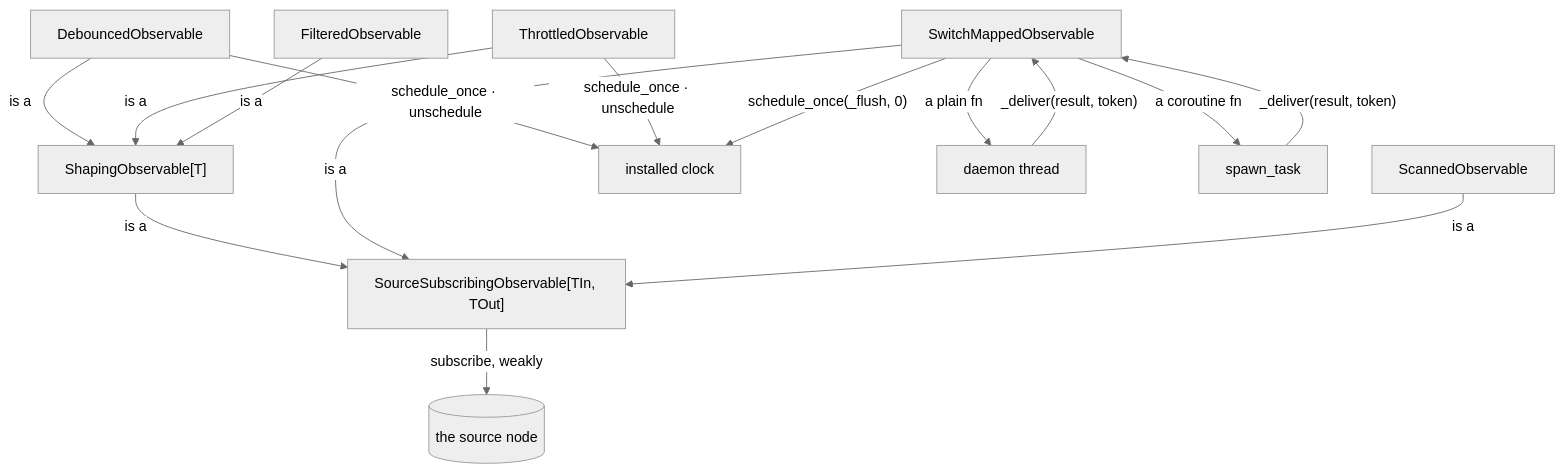
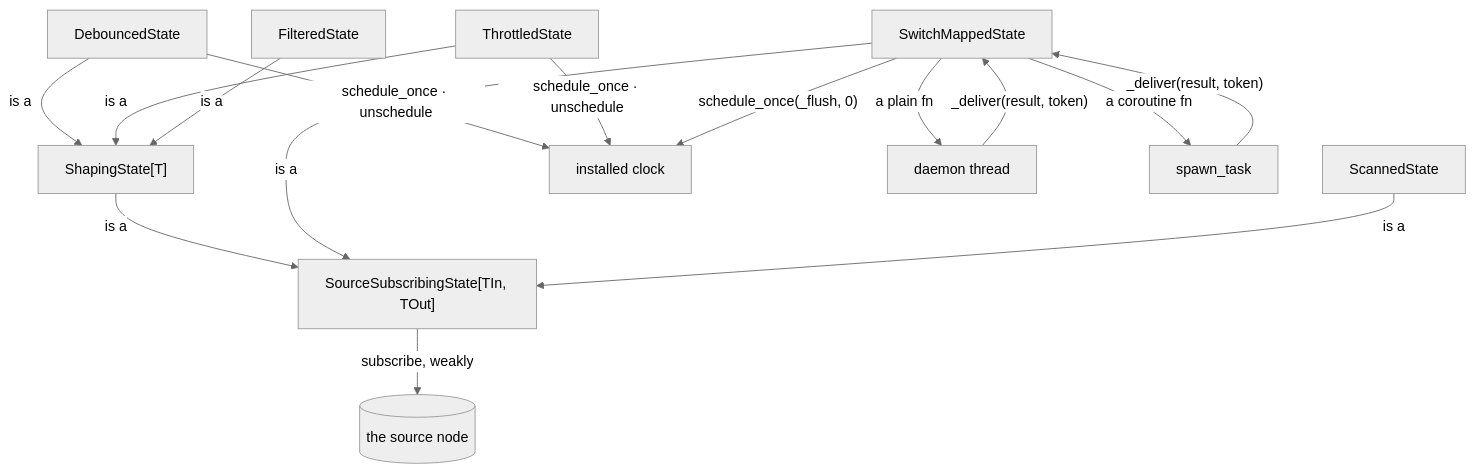
Before and after one commit to yuksblog/nuiitivet: the fifth of 8 diagrams in docs/design/OBSERVABLE.md, drawn with Mermaid (neutral theme). The commit also changed other lines of this file and 77 other files, not shown here.

````diff
--- a/docs/design/OBSERVABLE.md
+++ b/docs/design/OBSERVABLE.md
@@ -182,24 +182,24 @@
 ```mermaid
 flowchart TB
     source[(the source node)]
-    base["SourceSubscribingObservable[TIn, TOut]"]
-    shaping["ShapingObservable[T]"]
-    debounce[DebouncedObservable]
-    throttle[ThrottledObservable]
-    filter[FilteredObservable]
-    switch[SwitchMappedObservable]
-    scan[ScannedObservable]
+    base["SourceSubscribingState[TIn, TOut]"]
+    shaping["ShapingState[T]"]
+    debounce[DebouncedState]
+    throttle[ThrottledState]
+    filter[FilteredState]
+    switch[SwitchMappedState]
+    scan[ScannedState]
     clock[installed clock]
     thread[daemon thread]
     task[spawn_task]
 
     base -- "subscribe, weakly" --> source
     shaping -- "is a" --> base
     debounce & throttle & filter -- "is a" --> shaping
     switch & scan -- "is a" --> base
     debounce & throttle -- "schedule_once · unschedule" --> clock
     switch -- "a plain fn" --> thread
     switch -- "a coroutine fn" --> task
     thread & task -- "_deliver(result, token)" --> switch
     switch -- "schedule_once(_flush, 0)" --> clock
 ```
````
